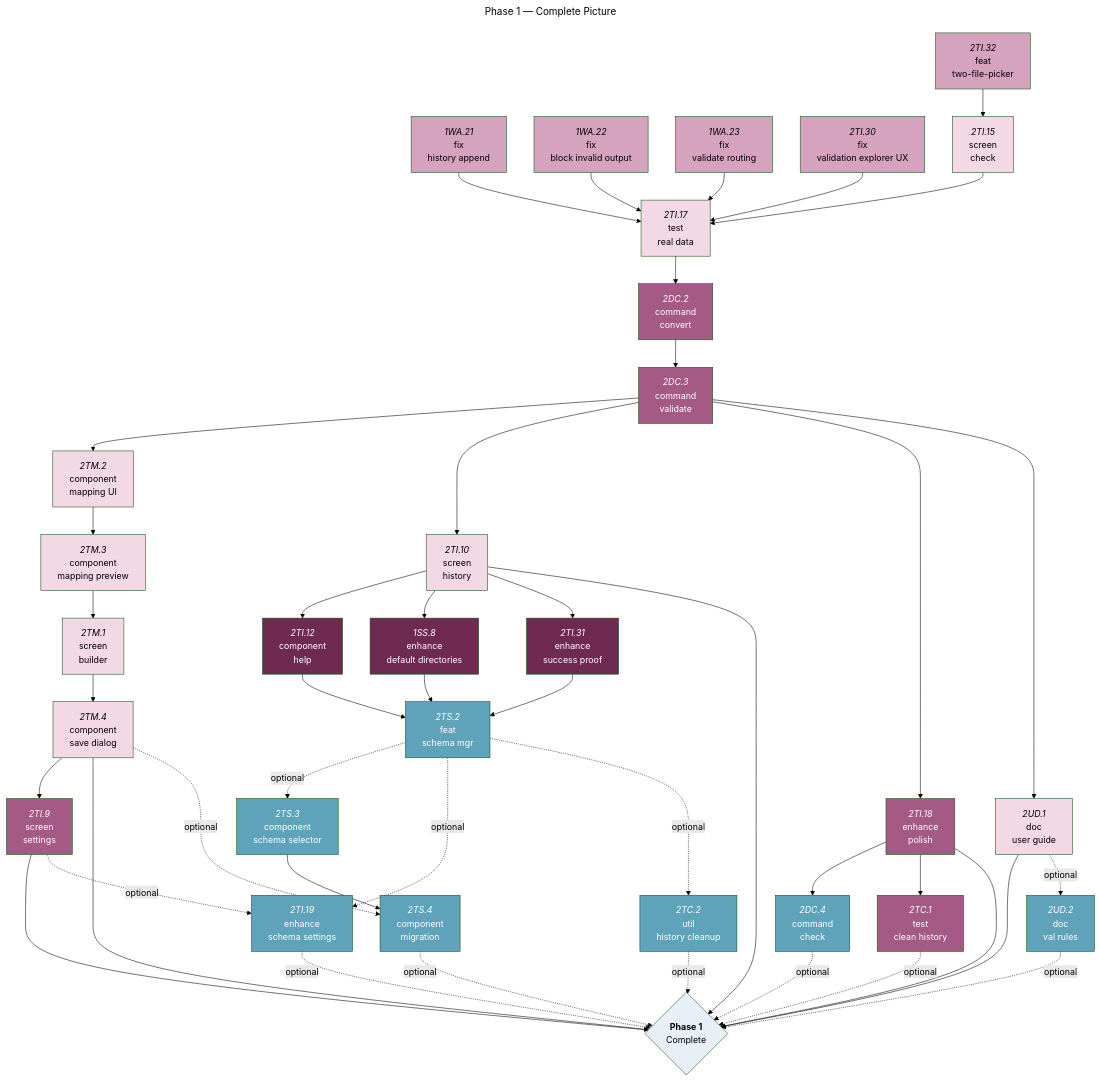
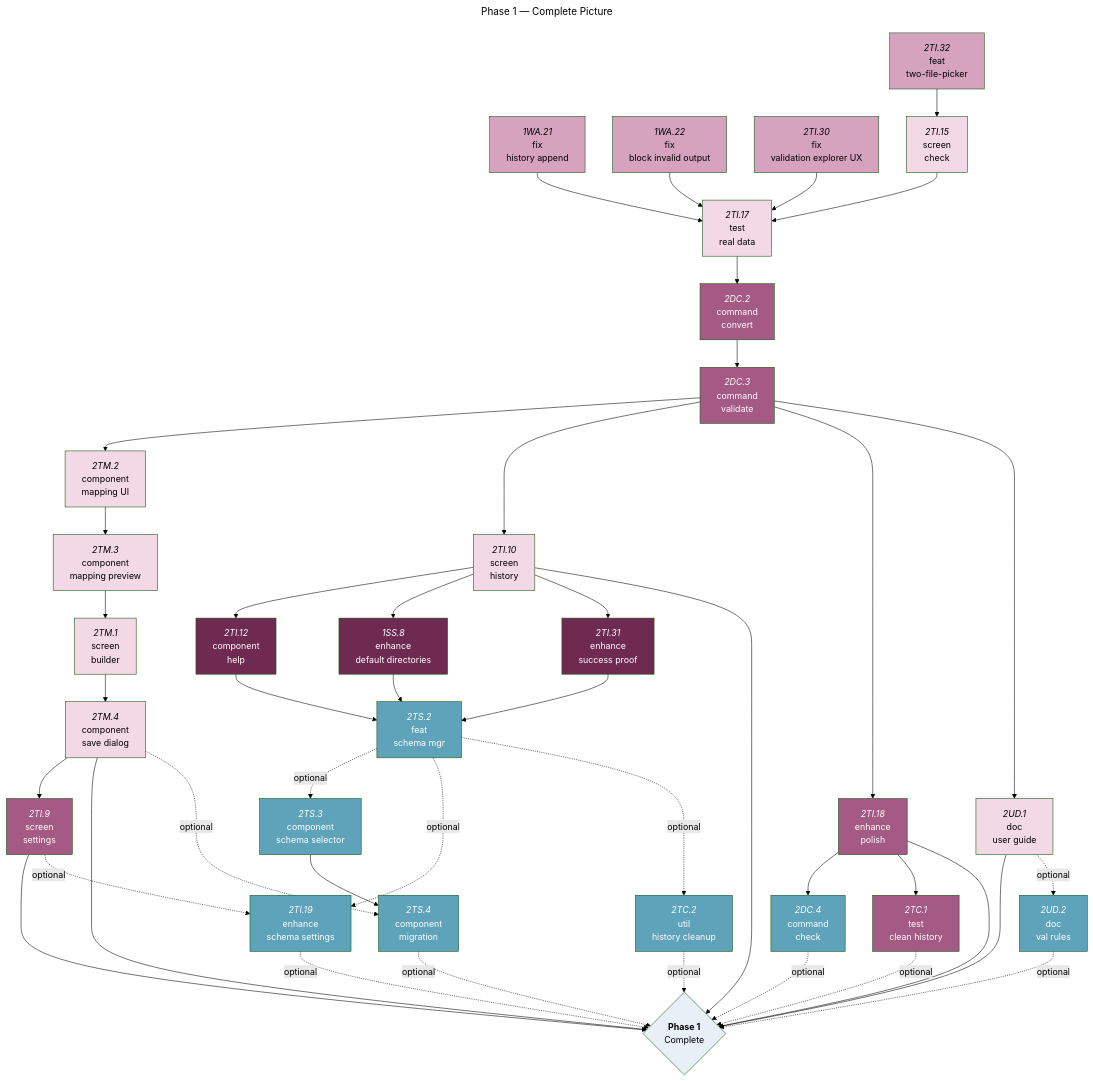
Before and after one commit to foundersandcoders/iris: the fifth of 5 diagrams in docs/roadmaps/phase-1-mvp-features.md, drawn with Mermaid (forest theme). The commit also changed other lines of this file, not shown here.

````diff
--- a/docs/roadmaps/phase-1-mvp-features.md
+++ b/docs/roadmaps/phase-1-mvp-features.md
@@ -334,78 +333,77 @@
 ```mermaid
 ---
 title: Phase 1 — Complete Picture
 ---
 graph TD
 
 %% M2A Open — bugs/fixes before real-data testing %%
 1WA.21["`*1WA.21*<br/>fix<br/>history append`"]:::must-open
 1WA.22["`*1WA.22*<br/>fix<br/>block invalid output`"]:::must-open
-1WA.23["`*1WA.23*<br/>fix<br/>validate routing`"]:::must-open
 2TI.30["`*2TI.30*<br/>fix<br/>validation explorer UX`"]:::must-open
 2TI.32["`*2TI.32*<br/>feat<br/>two-file-picker`"]:::must-open
 2TI.15["`*2TI.15*<br/>screen<br/>check`"]:::must-blocked
 2TI.12["`*2TI.12*<br/>component<br/>help`"]:::should-open
 1SS.8["`*1SS.8*<br/>enhance<br/>default directories`"]:::should-open
 2TI.31["`*2TI.31*<br/>enhance<br/>success proof`"]:::should-open
 2TI.17["`*2TI.17*<br/>test<br/>real data`"]:::must-blocked
 
 %% M2B Tasks %%
 2DC.2["`*2DC.2*<br/>command<br/>convert`"]:::should-blocked
 2DC.3["`*2DC.3*<br/>command<br/>validate`"]:::should-blocked
 2DC.4["`*2DC.4*<br/>command<br/>check`"]:::could-blocked
 
 %% M2C Tasks %%
 2TM.2["`*2TM.2*<br/>component<br/>mapping UI`"]:::must-blocked
 2TM.3["`*2TM.3*<br/>component<br/>mapping preview`"]:::must-blocked
 2TM.1["`*2TM.1*<br/>screen<br/>builder`"]:::must-blocked
 2TM.4["`*2TM.4*<br/>component<br/>save dialog`"]:::must-blocked
 2TI.9["`*2TI.9*<br/>screen<br/>settings`"]:::should-blocked
 2TS.2["`*2TS.2*<br/>feat<br/>schema mgr`"]:::could-blocked
 2TS.3["`*2TS.3*<br/>component<br/>schema selector`"]:::could-blocked
 2TS.4["`*2TS.4*<br/>component</br>migration`"]:::could-blocked
 2TI.19["`*2TI.19*<br/>enhance<br/>schema settings`"]:::could-blocked
 2TI.10["`*2TI.10*<br/>screen<br/>history`"]:::must-blocked
 2TI.18["`*2TI.18*<br/>enhance<br/>polish`"]:::should-blocked
 2TC.1["`*2TC.1*<br/>test<br/>clean history`"]:::should-blocked
 2UD.1["`*2UD.1*<br/>doc<br/>user guide`"]:::must-blocked
 2UD.2["`*2UD.2*<br/>doc<br/>val rules`"]:::could-blocked
 2TC.2["`*2TC.2*<br/>util<br/>history cleanup`"]:::could-blocked
 
 %% Milestone nodes %%
 phase1{"`**Phase 1**<br/>Complete`"}:::mile
 
 %% M2A Dependencies %%
 2TI.32 --> 2TI.15
-1WA.21 & 1WA.22 & 1WA.23 & 2TI.30 & 2TI.15 --> 2TI.17
+1WA.21 & 1WA.22 & 2TI.30 & 2TI.15 --> 2TI.17
 
 %% M2B Dependencies %%
 2TI.17 --> 2DC.2
 2DC.2 --> 2DC.3
 2DC.3 --> 2TM.2 & 2TI.10 & 2TI.18 & 2UD.1
 
 %% M2C Dependencies %%
 2TM.2 --> 2TM.3
 2TM.3 --> 2TM.1
 2TM.1 --> 2TM.4
 2TM.4 --> 2TI.9
 2TI.10 --> 2TI.12 & 1SS.8 & 2TI.31
 2TI.12 & 1SS.8 & 2TI.31 --> 2TS.2
 2TI.18 --> 2DC.4 & 2TC.1
 2TS.3 --> 2TS.4
 2TI.9 & 2TI.10 & 2TI.18 & 2UD.1 & 2TM.4 --> phase1
 
 %% OPTIONAL %%
 2UD.1 -.->|optional| 2UD.2
 2TI.9 -.->|optional| 2TI.19
 2TM.4 -.->|optional| 2TS.4
 2TS.2 -.->|optional| 2TS.3 & 2TI.19 & 2TC.2
 2DC.4 & 2TI.19 & 2TS.4 & 2UD.2 & 2TC.1 & 2TC.2 -.->|optional| phase1
 
 classDef must-open fill:#D6A3BF,color:#000;
 classDef must-blocked fill:#F3D8E6,color:#000;
 classDef should-open fill:#6F2A52,color:#fff;
 classDef should-blocked fill:#A45A84,color:#fff;
 classDef could-open fill:#3E7F96,color:#fff;
 classDef could-blocked fill:#5FA3BA,color:#fff;
 classDef mile fill:#E8EFF6,color:#000;
 ```
````
